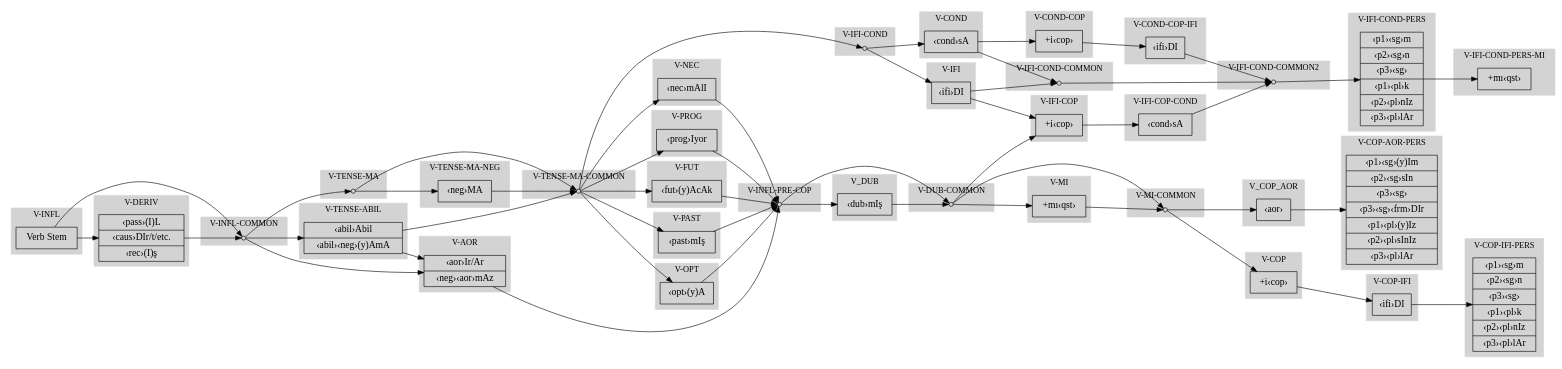
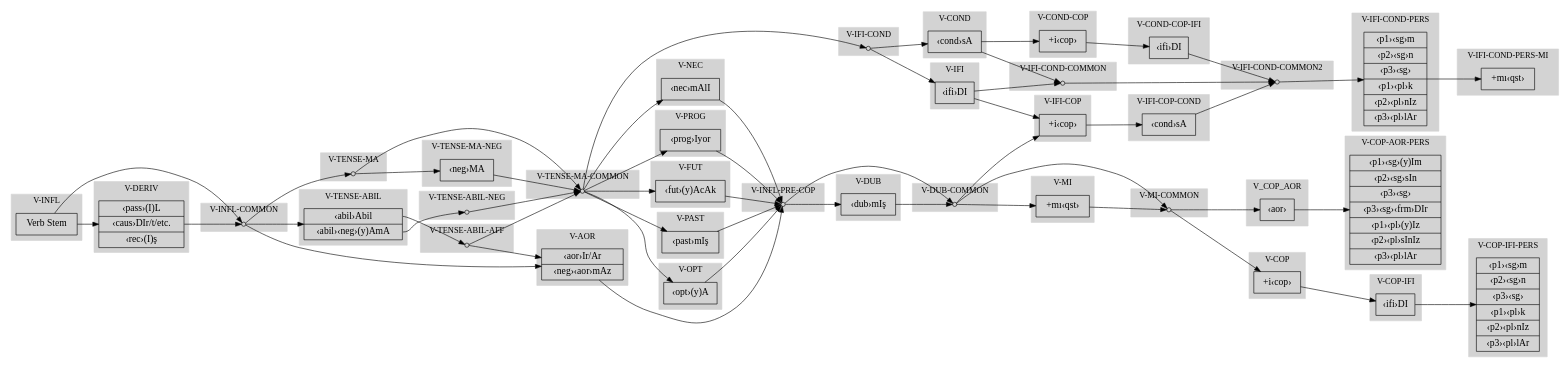
Before and after one commit to apertium/apertium-tur: the diagram in dev/verbmorph.dot, drawn with Graphviz. The commit also changed 3 other files, not shown here.

```diff
--- a/dev/verbmorph.dot
+++ b/dev/verbmorph.dot
@@ -63,6 +63,24 @@
 	"V-TENSE-ABIL" [
 		label = "<f0> ‹abil›Abil |<f1> ‹abil›‹neg›(y)AmA"
 		shape = "record"
+	];
+	}
+
+	subgraph clusterV_TENSE_ABIL_NEG { style=filled; color=lightgrey;
+	label="V-TENSE-ABIL-NEG" ;
+	"V-TENSE-ABIL-NEG" [
+		shape = circle,
+		label = ""
+		height=.1,width=.1
+	];
+	}
+
+	subgraph clusterV_TENSE_ABIL_AFF { style=filled; color=lightgrey;
+	label="V-TENSE-ABIL-AFF" ;
+	"V-TENSE-ABIL-AFF" [
+		shape = circle,
+		label = ""
+		height=.1,width=.1
 	];
 	}
 
@@ -163,11 +181,22 @@
 	subgraph clusterV_AOR { style=filled; color=lightgrey;
 	label="V-AOR" ;
 	"V-AOR" [
+		//label = "‹aor›Ir/Ar"
 		label = "<f0> ‹aor›Ir/Ar |<f1> ‹neg›‹aor›mAz"
 		//xlabel = "V-AOR"
 		shape = "record"
 	];
 	}
+
+//	subgraph clusterV_AOR_NEG { style=filled; color=lightgrey;
+//	label="V-AOR-NEG" ;
+//	"V-AOR-NEG" [
+//		label = "‹neg›‹aor›mAz"
+//		//xlabel = "V-AOR"
+//		shape = "record"
+//	];
+//	}
+
 
 	subgraph clusterV_INFL_PRE_COP { style=filled; color=lightgrey;
 	label="V-INFL-PRE-COP" ;
@@ -237,7 +266,7 @@
 	}
 
 	subgraph clusterV_DUB { style=filled; color=lightgrey;
-	label="V_DUB" ;
+	label="V-DUB" ;
 	"V-DUB" [
 		label = "‹dub›mIş"
 		//xlabel = "V-DUB"
@@ -330,11 +359,16 @@
 	"V-TENSE-MA" -> "V-TENSE-MA-NEG" ;
 
 	"V-INFL-COMMON" -> "V-TENSE-ABIL" ;
-	"V-TENSE-ABIL" -> "V-TENSE-MA-COMMON" ;
-	"V-TENSE-ABIL" -> "V-AOR" ;
+	"V-TENSE-ABIL":f0 -> "V-TENSE-ABIL-AFF" ;
+	"V-TENSE-ABIL":f1 -> "V-TENSE-ABIL-NEG" ;
+	"V-TENSE-ABIL-AFF" -> "V-TENSE-MA-COMMON" ;
+	"V-TENSE-ABIL-NEG" -> "V-TENSE-MA-COMMON" ;
+	"V-TENSE-ABIL-AFF" -> "V-AOR" ;
 
 	"V-INFL-COMMON" -> "V-AOR" ;
+//	"V-INFL-COMMON" -> "V-AOR-NEG" ;
 	"V-AOR" -> "V-INFL-PRE-COP" ;
+//	"V-AOR-NEG" -> "V-INFL-PRE-COP" ;
 
 	"V-TENSE-MA-NEG" -> "V-TENSE-MA-COMMON";
 	"V-TENSE-MA-COMMON" -> "V-IFI-COND" ;
```
